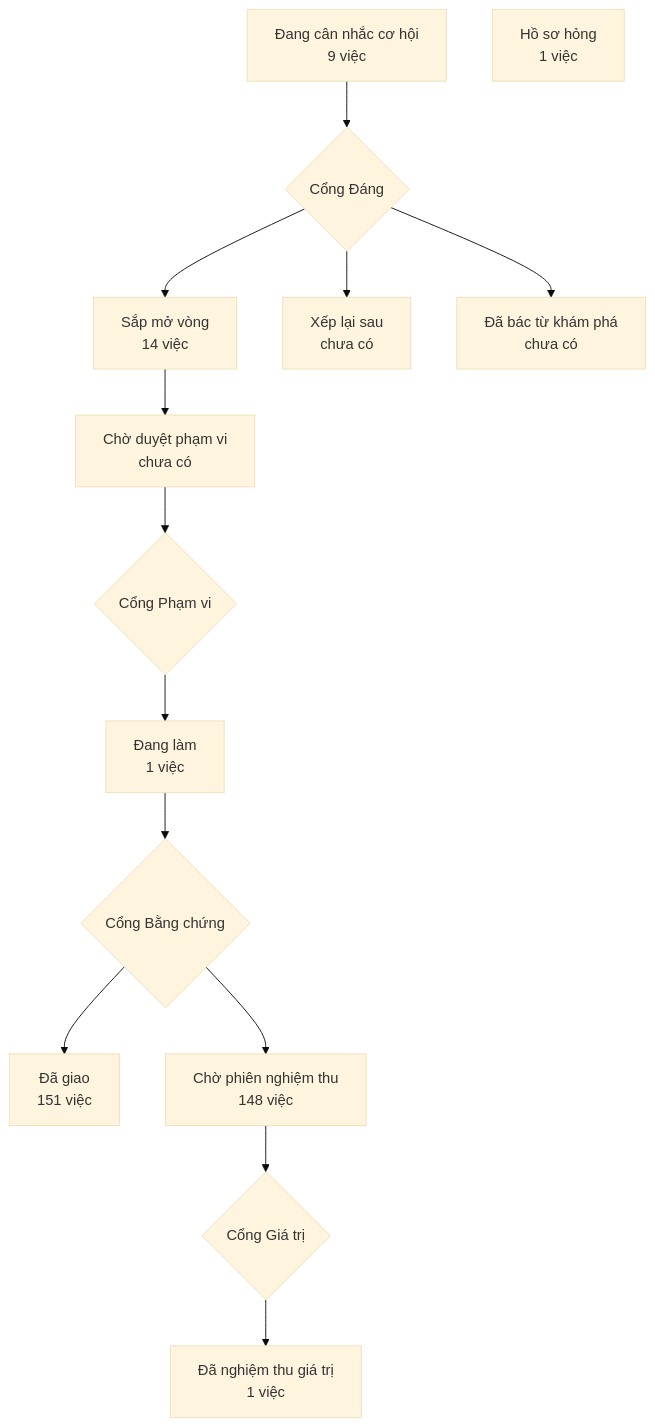
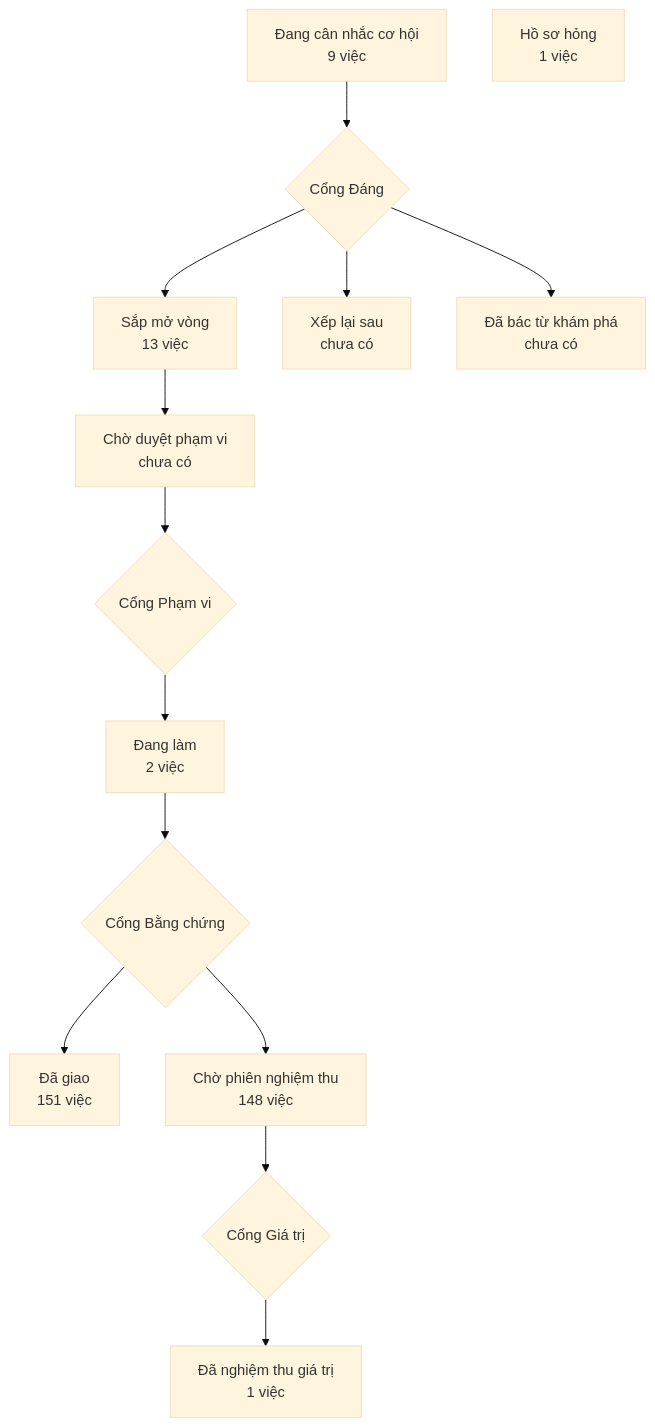
The diagram in PRODUCT-MAP.md (phanlemanh/crm-onehub), drawn with Mermaid (base theme) before and after one commit. The commit also changed 4 other files, not shown here.

````diff
--- a/PRODUCT-MAP.md
+++ b/PRODUCT-MAP.md
@@ -7,13 +7,13 @@
 ```mermaid
 flowchart TD
   A["Đang cân nhắc cơ hội<br/>9 việc"] --> GD{"Cổng Đáng"}
-  GD --> B["Sắp mở vòng<br/>14 việc"]
+  GD --> B["Sắp mở vòng<br/>13 việc"]
   GD --> XL["Xếp lại sau<br/>chưa có"]
   GD --> DB["Đã bác từ khám phá<br/>chưa có"]
   B --> CD["Chờ duyệt phạm vi<br/>chưa có"] --> GP{"Cổng Phạm vi"}
-  GP --> DL["Đang làm<br/>1 việc"] --> GB{"Cổng Bằng chứng"}
+  GP --> DL["Đang làm<br/>2 việc"] --> GB{"Cổng Bằng chứng"}
   GB --> DG["Đã giao<br/>151 việc"]
   GB --> CN["Chờ phiên nghiệm thu<br/>148 việc"] --> GG{"Cổng Giá trị"}
   GG --> NT["Đã nghiệm thu giá trị<br/>1 việc"]
   HS["Hồ sơ hỏng<br/>1 việc"]
 ```
````
